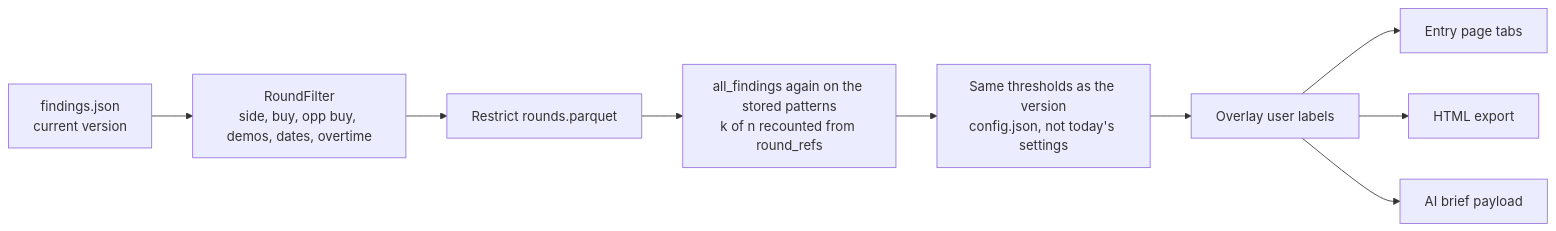
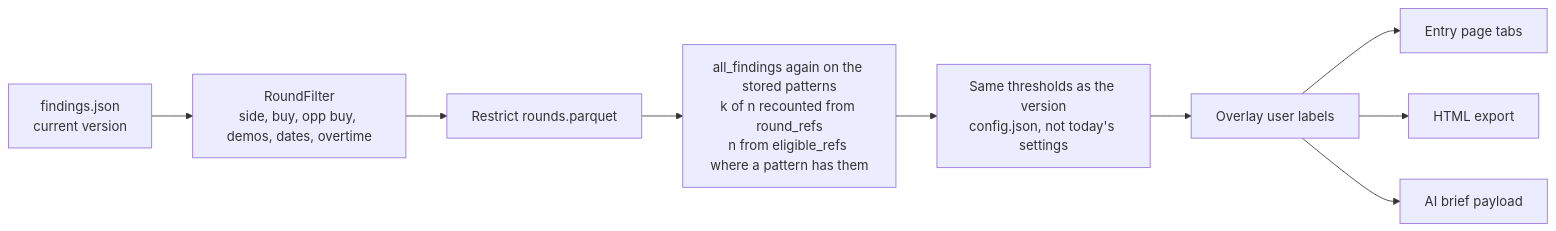
The third of 3 diagrams in docs/workflows/analysis.md (GeorgeMac06/CS2-demo-analyser), drawn with Mermaid before and after one commit. The commit also changed other lines of this file and 3 other files, not shown here.

````diff
--- a/docs/workflows/analysis.md
+++ b/docs/workflows/analysis.md
@@ -98,11 +102,11 @@
 ```mermaid
 flowchart LR
   A["findings.json<br/>current version"] --> B["RoundFilter<br/>side, buy, opp buy, demos, dates, overtime"]
   B --> C["Restrict rounds.parquet"]
-  C --> D["all_findings again on the stored patterns<br/>k of n recounted from round_refs"]
+  C --> D["all_findings again on the stored patterns<br/>k of n recounted from round_refs<br/>n from eligible_refs where a pattern has them"]
   D --> E["Same thresholds as the version<br/>config.json, not today's settings"]
   E --> F["Overlay user labels"]
   F --> G1["Entry page tabs"]
   F --> G2["HTML export"]
   F --> G3["AI brief payload"]
 ```
````
